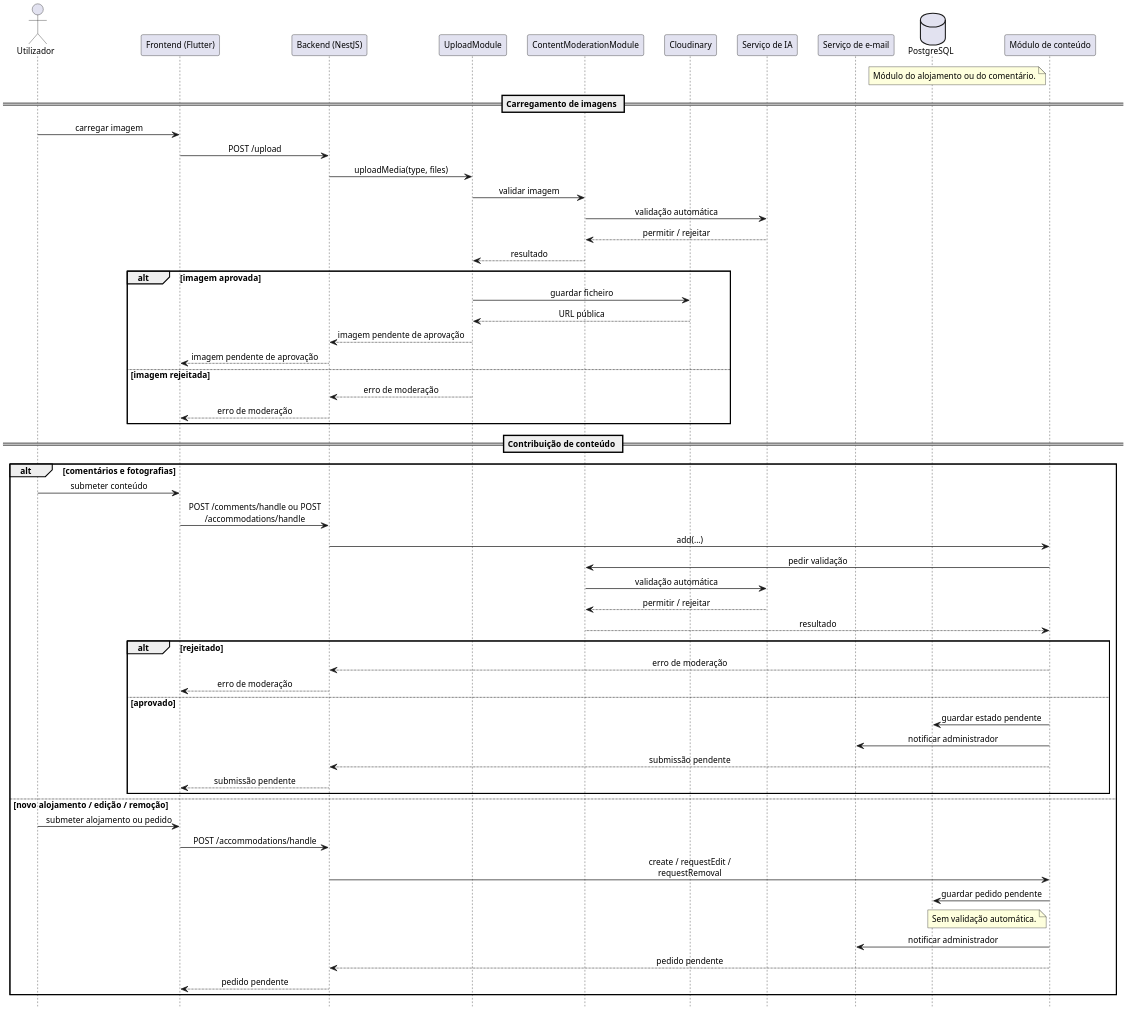
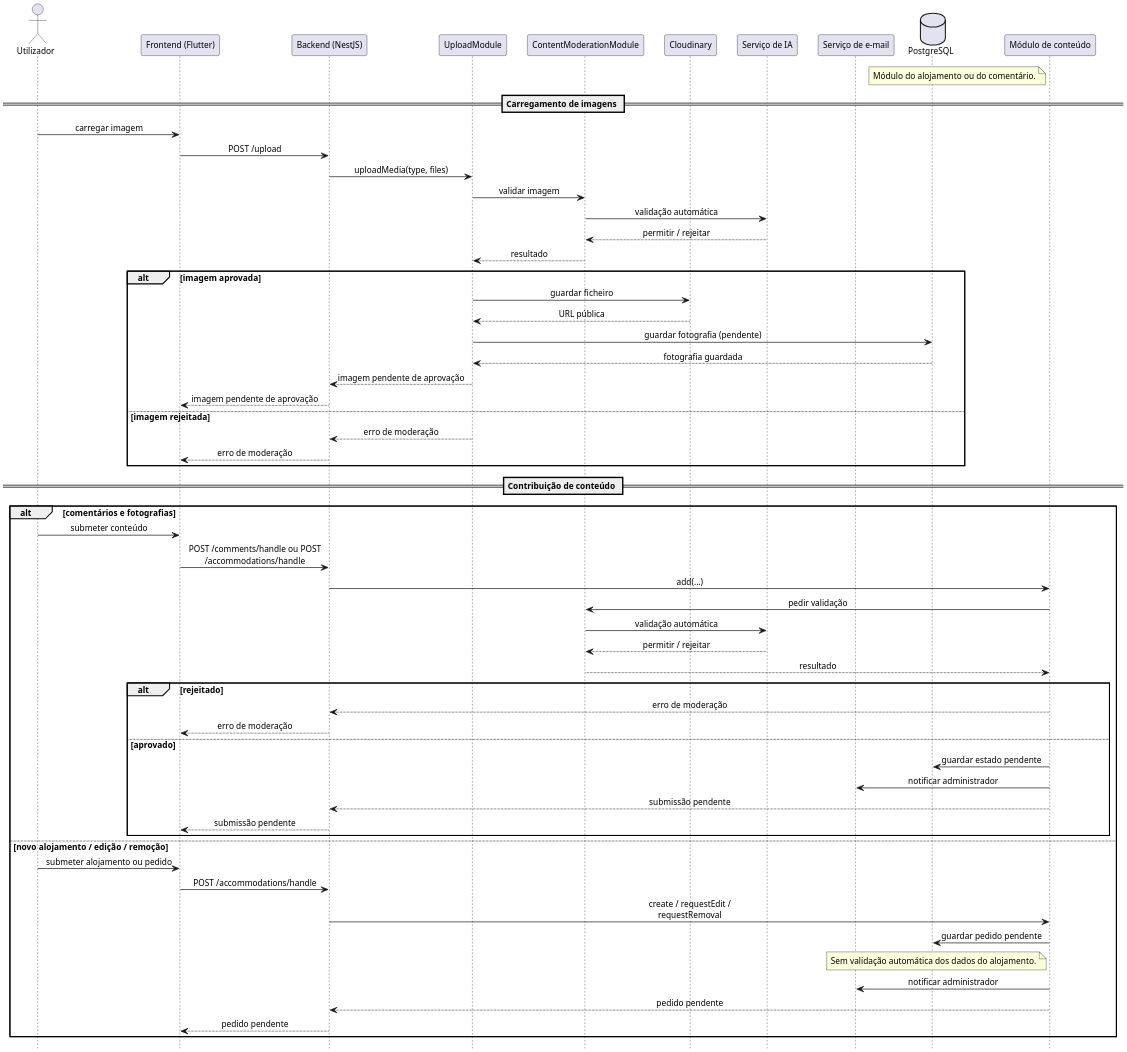
The diagram in docs/diagrams/communication-media-moderation-flow-a.puml (alegna83/cookbook-be), drawn with PlantUML before and after one commit. The commit also changed 1 other file, not shown here.

Commit message:
communication media moderation flow a

```diff
--- a/docs/diagrams/communication-media-moderation-flow-a.puml
+++ b/docs/diagrams/communication-media-moderation-flow-a.puml
@@ -1,80 +1,82 @@
 @startuml
 hide footbox
 skinparam defaultFontName Arial
 skinparam defaultFontSize 12
 skinparam dpi 190
 skinparam maxMessageSize 200
 skinparam sequence {
   ParticipantPadding 10
   BoxPadding 6
   MessageAlign center
   ArrowThickness 1
 }
 
 actor Utilizador
 participant "Frontend (Flutter)" as FE
 participant "Backend (NestJS)" as BE
 participant "UploadModule" as UploadsModule
 participant "ContentModerationModule" as ModerationModule
 participant "Cloudinary" as Cloudinary
 participant "Serviço de IA" as AI
 participant "Serviço de e-mail" as Email
 database "PostgreSQL" as DB
 participant "Módulo de conteúdo" as ContentModule
 
 note left of ContentModule
 Módulo do alojamento ou do comentário.
 end note
 
 == Carregamento de imagens ==
 
 Utilizador -> FE : carregar imagem
 FE -> BE : POST /upload
 BE -> UploadsModule : uploadMedia(type, files)
 UploadsModule -> ModerationModule : validar imagem
 ModerationModule -> AI : validação automática
 AI --> ModerationModule : permitir / rejeitar
 ModerationModule --> UploadsModule : resultado
 alt imagem aprovada
   UploadsModule -> Cloudinary : guardar ficheiro
   Cloudinary --> UploadsModule : URL pública
+  UploadsModule -> DB : guardar fotografia (pendente)
+  DB --> UploadsModule : fotografia guardada
   UploadsModule --> BE : imagem pendente de aprovação
   BE --> FE : imagem pendente de aprovação
 else imagem rejeitada
   UploadsModule --> BE : erro de moderação
   BE --> FE : erro de moderação
 end
 
 == Contribuição de conteúdo ==
 
 alt comentários e fotografias
   Utilizador -> FE : submeter conteúdo
   FE -> BE : POST /comments/handle ou POST /accommodations/handle
   BE -> ContentModule : add(...)
   ContentModule -> ModerationModule : pedir validação
   ModerationModule -> AI : validação automática
   AI --> ModerationModule : permitir / rejeitar
   ModerationModule --> ContentModule : resultado
   alt rejeitado
     ContentModule --> BE : erro de moderação
     BE --> FE : erro de moderação
   else aprovado
     ContentModule -> DB : guardar estado pendente
     ContentModule -> Email : notificar administrador
     ContentModule --> BE : submissão pendente
     BE --> FE : submissão pendente
   end
 else novo alojamento / edição / remoção
   Utilizador -> FE : submeter alojamento ou pedido
   FE -> BE : POST /accommodations/handle
   BE -> ContentModule : create / requestEdit / requestRemoval
   ContentModule -> DB : guardar pedido pendente
   note left of ContentModule
-    Sem validação automática.
+    Sem validação automática dos dados do alojamento.
   end note
   ContentModule -> Email : notificar administrador
   ContentModule --> BE : pedido pendente
   BE --> FE : pedido pendente
 end
 
 @enduml
```
